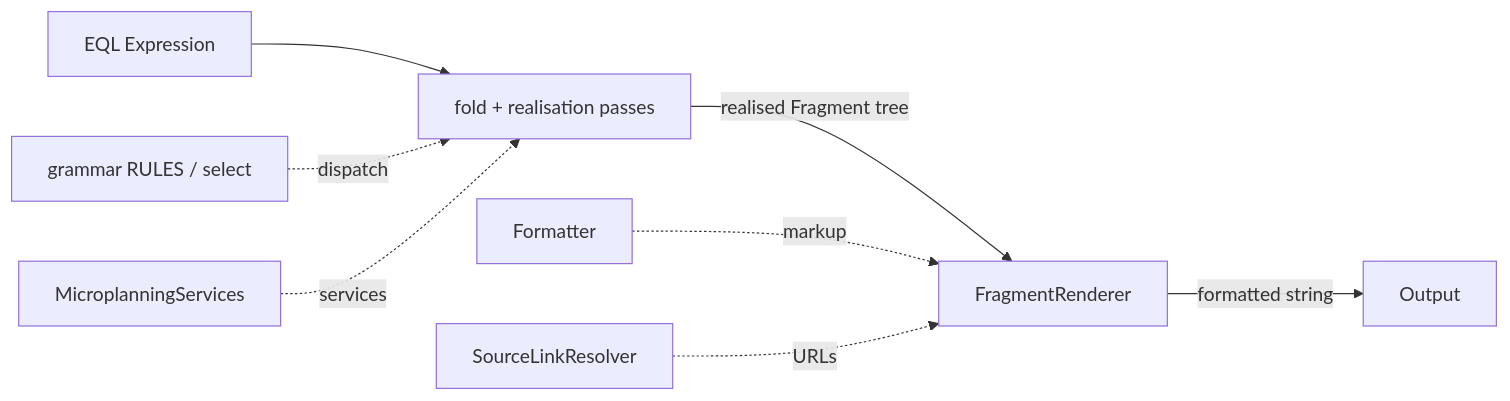
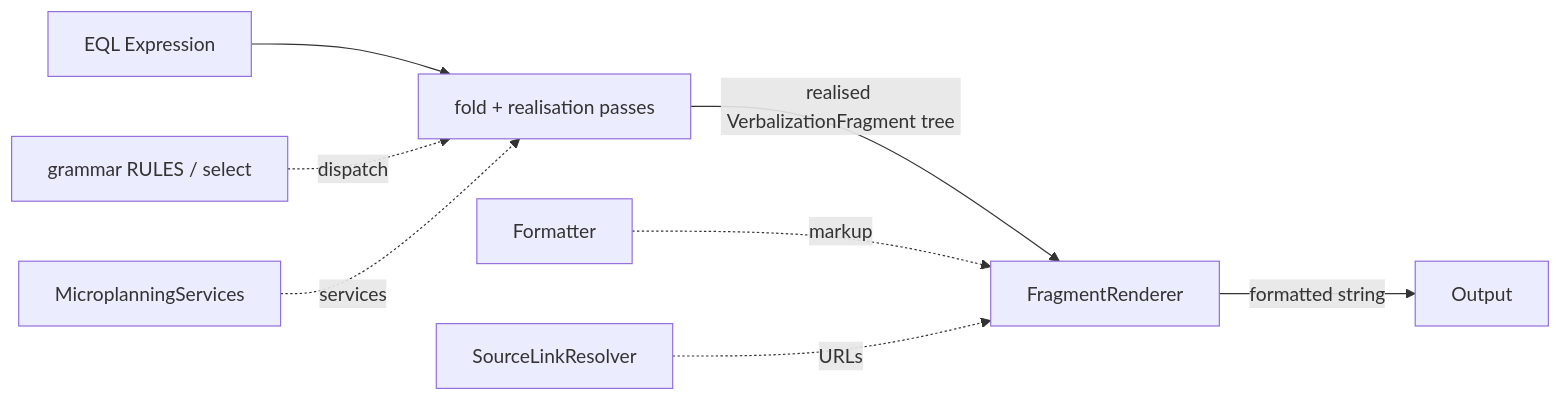
One commit to ACRAMbly/cognitive_robot_abstract_machine changed the first of 2 diagrams in krrood/doc/eql/developer/verbalization.md. Above: the diagram before and after it, drawn with Mermaid. The commit also changed other lines of this file and 76 other files, not shown here.

First line of the commit message:
Review: rename Fragment to VerbalizationFragment

````diff
--- a/krrood/doc/eql/developer/verbalization.md
+++ b/krrood/doc/eql/developer/verbalization.md
@@ -50,10 +50,10 @@
 ```{mermaid}
 graph LR
     A[EQL Expression] --> B[fold + realisation passes]
-    B -- realised Fragment tree --> C[FragmentRenderer]
+    B -- realised VerbalizationFragment tree --> C[FragmentRenderer]
     C -- formatted string --> D[Output]
     E[grammar RULES / select] -. dispatch .-> B
     F[MicroplanningServices] -. services .-> B
     G[Formatter] -. markup .-> C
     H[SourceLinkResolver] -. URLs .-> C
 ```
````
